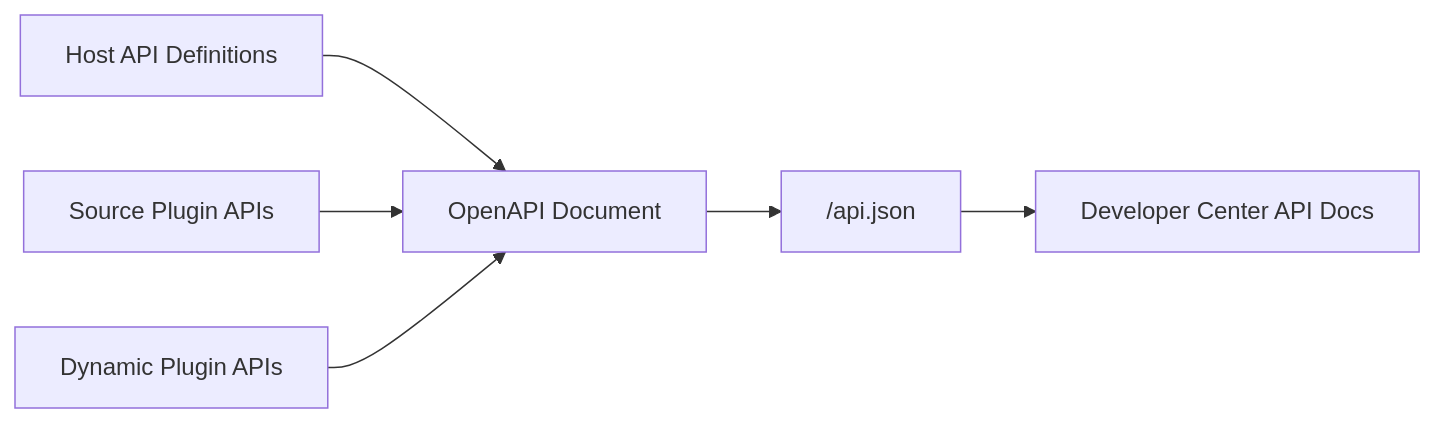
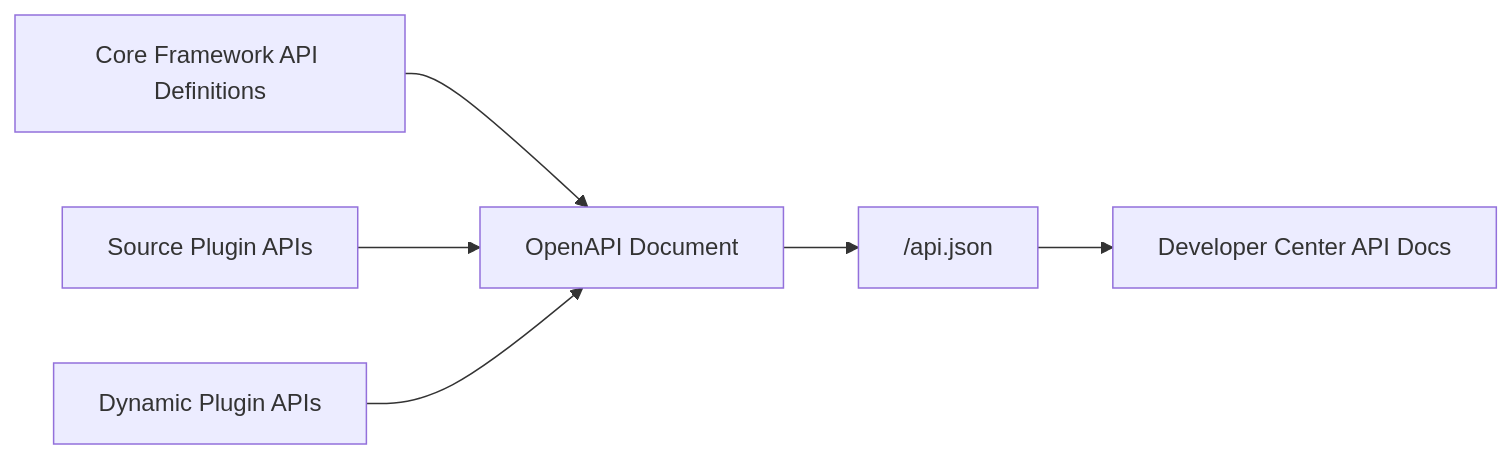
The diagram in apps/lina-site/i18n/en/docusaurus-plugin-content-docs/current/docs/2000-components/3000-core-host.md (linaproai/linapro-site), drawn with Mermaid before and after one commit. The commit also changed other lines of this file and 93 other files, not shown here.

````diff
--- a/apps/lina-site/i18n/en/docusaurus-plugin-content-docs/current/docs/2000-components/3000-core-host.md
+++ b/apps/lina-site/i18n/en/docusaurus-plugin-content-docs/current/docs/2000-components/3000-core-host.md
@@ -158,8 +158,8 @@
 ```mermaid
 flowchart LR
-    Host["Host API Definitions"] --> Doc["OpenAPI Document"]
+    Host["Core Framework API Definitions"] --> Doc["OpenAPI Document"]
     Source["Source Plugin APIs"] --> Doc
     Dynamic["Dynamic Plugin APIs"] --> Doc
     Doc --> JSON["/api.json"]
     JSON --> Workbench["Developer Center API Docs"]
 ```
````
